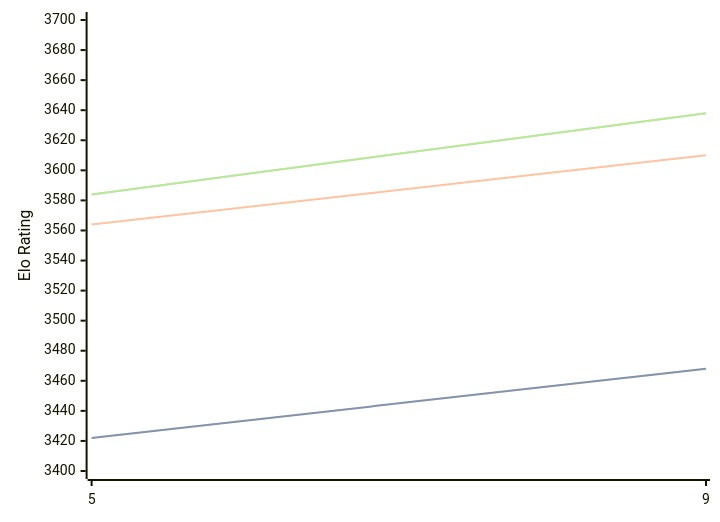
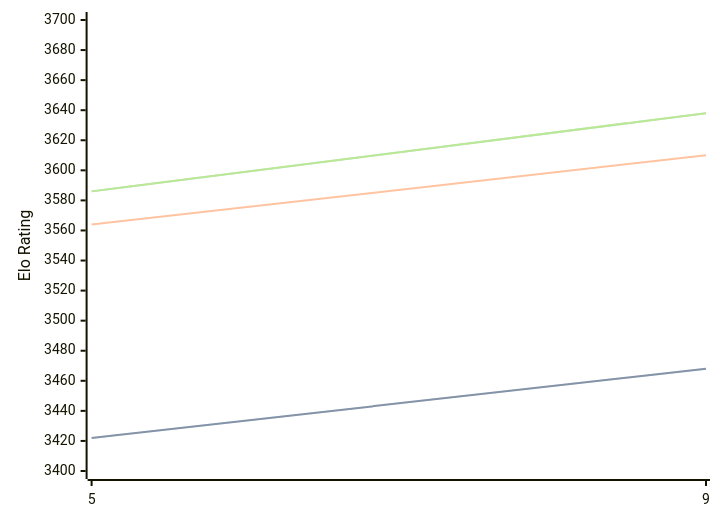
One commit to computer-chess-index/cci changed the diagram in engines/Crystal.md. Above: the diagram before and after it, drawn with Mermaid. The commit also changed other lines of this file, not shown here.

Commit message:
Update CCI Ratings (ELO VLTC) - 2026-05-03

````diff
--- a/engines/Crystal.md
+++ b/engines/Crystal.md
@@ -60,11 +60,11 @@
 ```mermaid
 %%{init: {"theme":"base","themeVariables":{"seriesColors:['#a3a3a3','#222221','#faa371']}}}%%
 xychart-beta
   x-axis ["5", "9"]
   y-axis "Elo Rating" 3400 --> 3700
   line "STC (8.0+0.08s)" [3422, 3468]
   line "STC (8.0+0.08s)" [3422, 3468]
   line "LTC (60.0+0.60s)" [3564, 3610]
-  line "VLTC (2m24s+1.12s)" [3584, 3638]
-  line "VLTC (2m24s+1.12s)" [3584, 3638]
+  line "VLTC (2m24s+1.12s)" [3586, 3638]
+  line "VLTC (2m24s+1.12s)" [3586, 3638]
 ```
````
